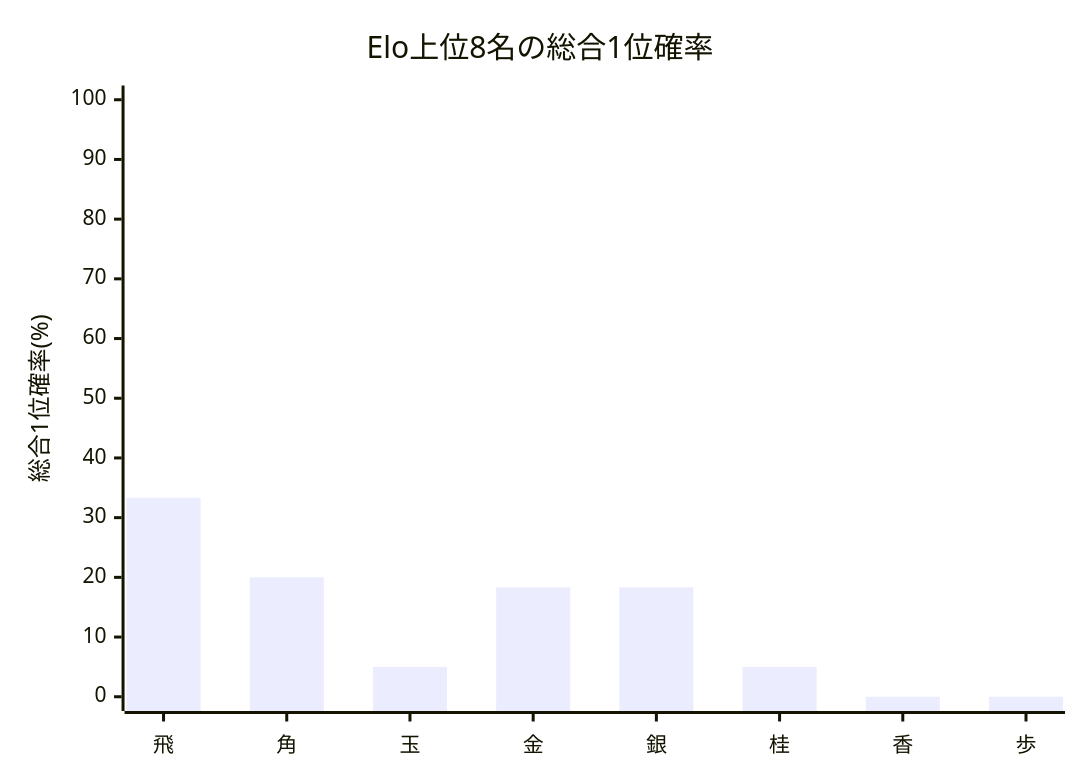
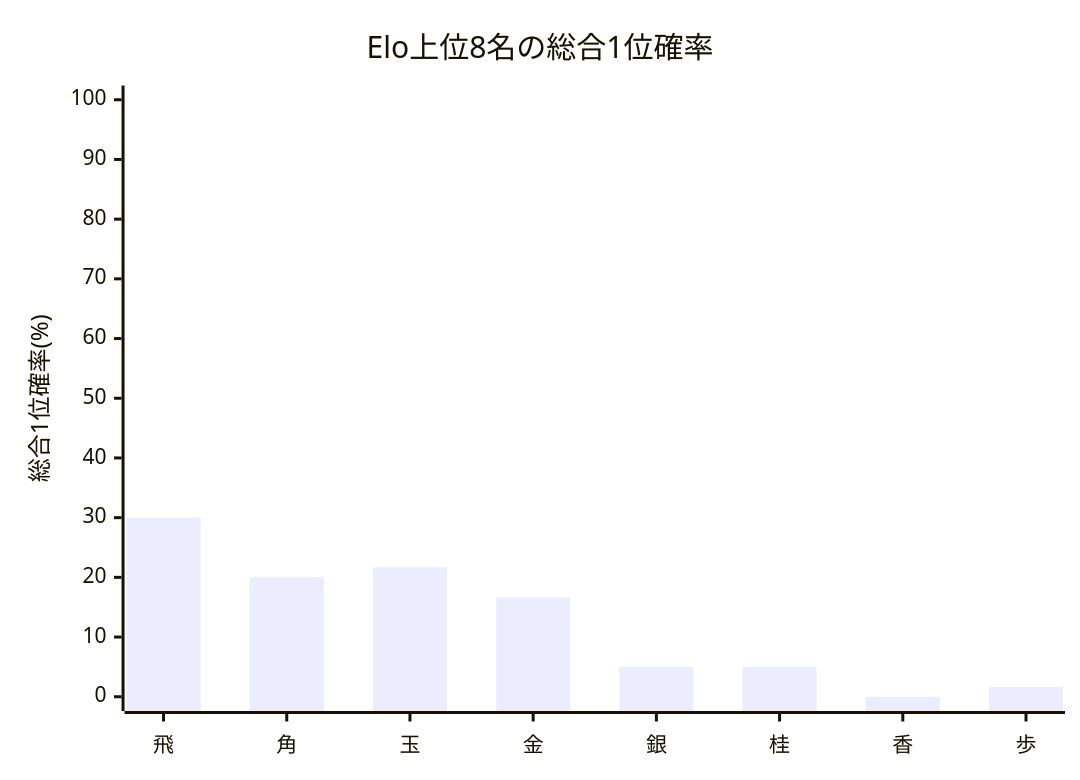
The second of 2 diagrams in Output/TournamentQualityEvaluator/TournamentQualityReport/Summary/[先手8x後手8]_[Neutral_Single10_STSAInput3_smoke]_quality_summary.md (muzudho/ShogiTournamentSystemAnalyzer), drawn with Mermaid before and after one commit. The commit also changed other lines of this file and 3 other files, not shown here.

````diff
--- a/Output/TournamentQualityEvaluator/TournamentQualityReport/Summary/[先手8x後手8]_[Neutral_Single10_STSAInput3_smoke]_quality_summary.md
+++ b/Output/TournamentQualityEvaluator/TournamentQualityReport/Summary/[先手8x後手8]_[Neutral_Single10_STSAInput3_smoke]_quality_summary.md
@@ -51,7 +51,7 @@
 ```mermaid
 xychart-beta
     title "Elo上位8名の総合1位確率"
     x-axis ["飛", "角", "玉", "金", "銀", "桂", "香", "歩"]
     y-axis "総合1位確率(%)" 0 --> 100
-    bar [33.33, 20.00, 5.00, 18.33, 18.33, 5.00, 0.00, 0.00]
+    bar [30.00, 20.00, 21.67, 16.67, 5.00, 5.00, 0.00, 1.67]
 ```
````
